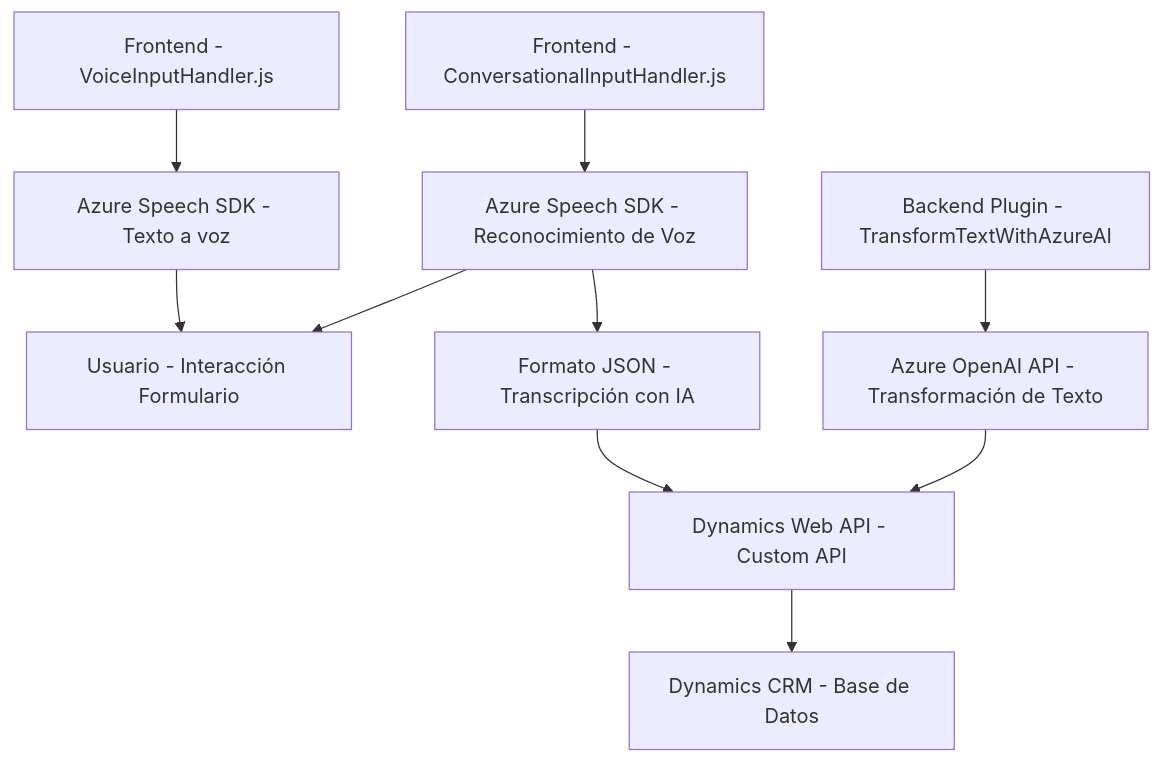
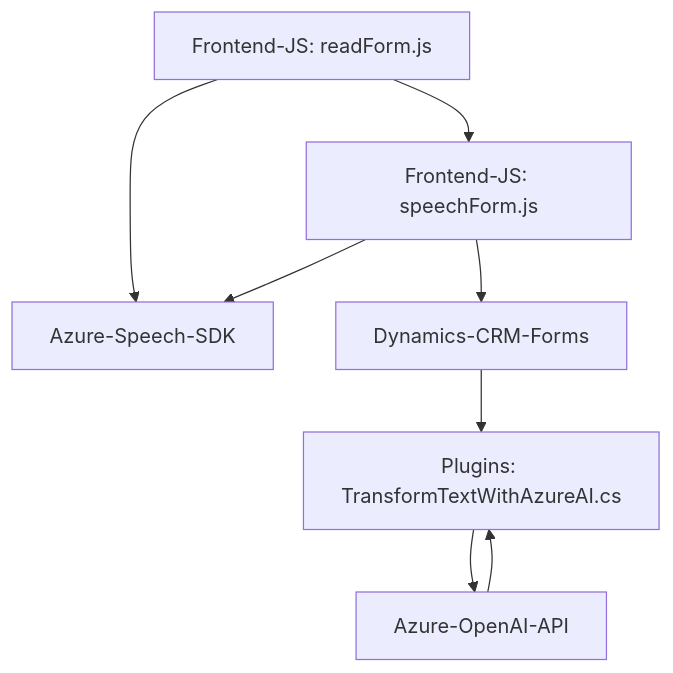
Before and after one commit to blopezdm/NETCORE_BILBAO2025: the diagram in README.md, drawn with Mermaid. The commit also changed other lines of this file, not shown here.

Commit message:
Actualizar análisis global de la solución con IA

````diff
--- a/README.md
+++ b/README.md
@@ -54,12 +36,10 @@
 ```mermaid
 graph TD
-    A["Frontend - VoiceInputHandler.js"] --> B["Azure Speech SDK - Texto a voz"]
-    B --> C["Usuario - Interacción Formulario"]
-    D["Frontend - ConversationalInputHandler.js"] --> E["Azure Speech SDK - Reconocimiento de Voz"]
-    E --> C 
-    E --> F["Formato JSON - Transcripción con IA"]
-    F --> G["Dynamics Web API - Custom API"]
-    G --> H["Dynamics CRM - Base de Datos"]
-    I["Backend Plugin - TransformTextWithAzureAI"] --> J["Azure OpenAI API - Transformación de Texto"]
-    J --> G
+    A["Frontend-JS: readForm.js"] --> B["Frontend-JS: speechForm.js"]
+    A["Frontend-JS: readForm.js"] --> C["Azure-Speech-SDK"]
+    B["Frontend-JS: speechForm.js"] --> C["Azure-Speech-SDK"]
+    B["Frontend-JS: speechForm.js"] --> D["Dynamics-CRM-Forms"]
+    D["Dynamics-CRM-Forms"] --> E["Plugins: TransformTextWithAzureAI.cs"]
+    E["Plugins: TransformTextWithAzureAI.cs"] --> F["Azure-OpenAI-API"]
+    F["Azure-OpenAI-API"] --> E["Plugins: TransformTextWithAzureAI.cs"]
 ```
````
